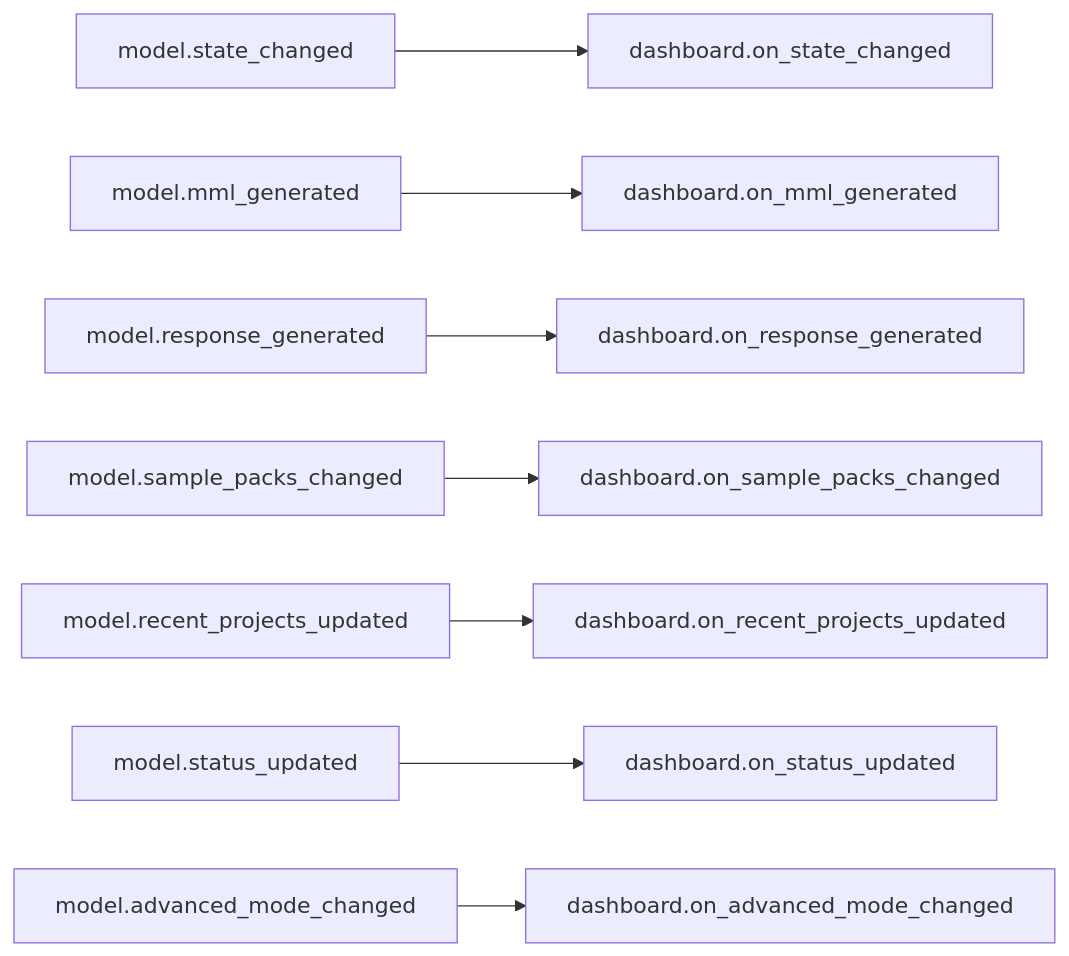
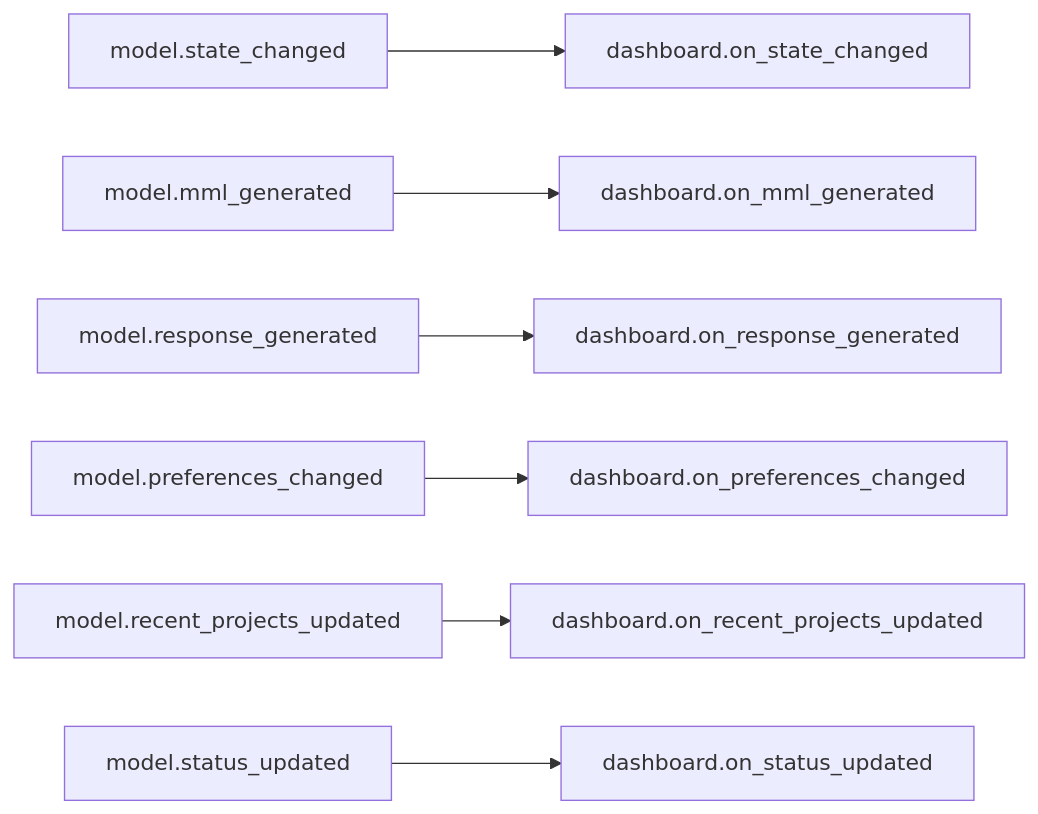
One commit to com-posers-pit/smw_music changed the first of 9 diagrams in doc/source/dashboard_signal_slot_map.rst. Above: the diagram before and after it, drawn with Mermaid. The commit also changed 2 other files, not shown here.

Commit message:
Disable projects  unless AMK and spcplayer are set
Re #146

Now playing:
Southtown by P.O.D.

```diff
--- a/doc/source/dashboard_signal_slot_map.rst
+++ b/doc/source/dashboard_signal_slot_map.rst
@@ -22,10 +22,9 @@
 .. mermaid::
 
    flowchart LR
       model.state_changed --> dashboard.on_state_changed
       model.mml_generated --> dashboard.on_mml_generated
       model.response_generated --> dashboard.on_response_generated
-      model.sample_packs_changed --> dashboard.on_sample_packs_changed
+      model.preferences_changed --> dashboard.on_preferences_changed
       model.recent_projects_updated --> dashboard.on_recent_projects_updated
       model.status_updated --> dashboard.on_status_updated
-      model.advanced_mode_changed --> dashboard.on_advanced_mode_changed
```
